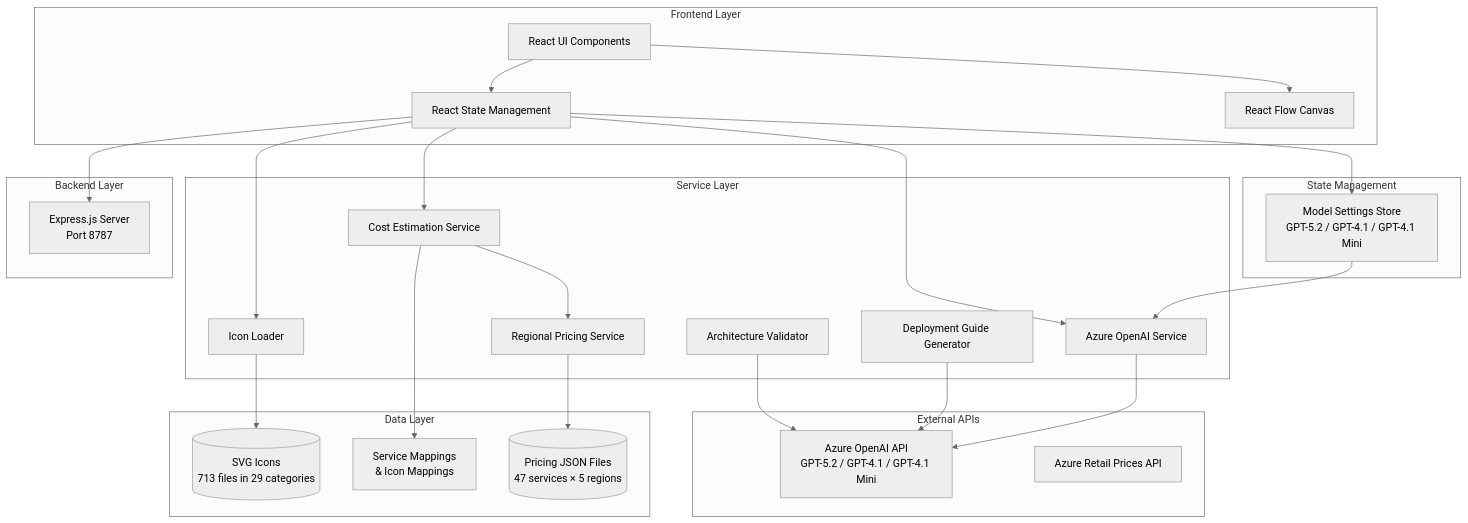
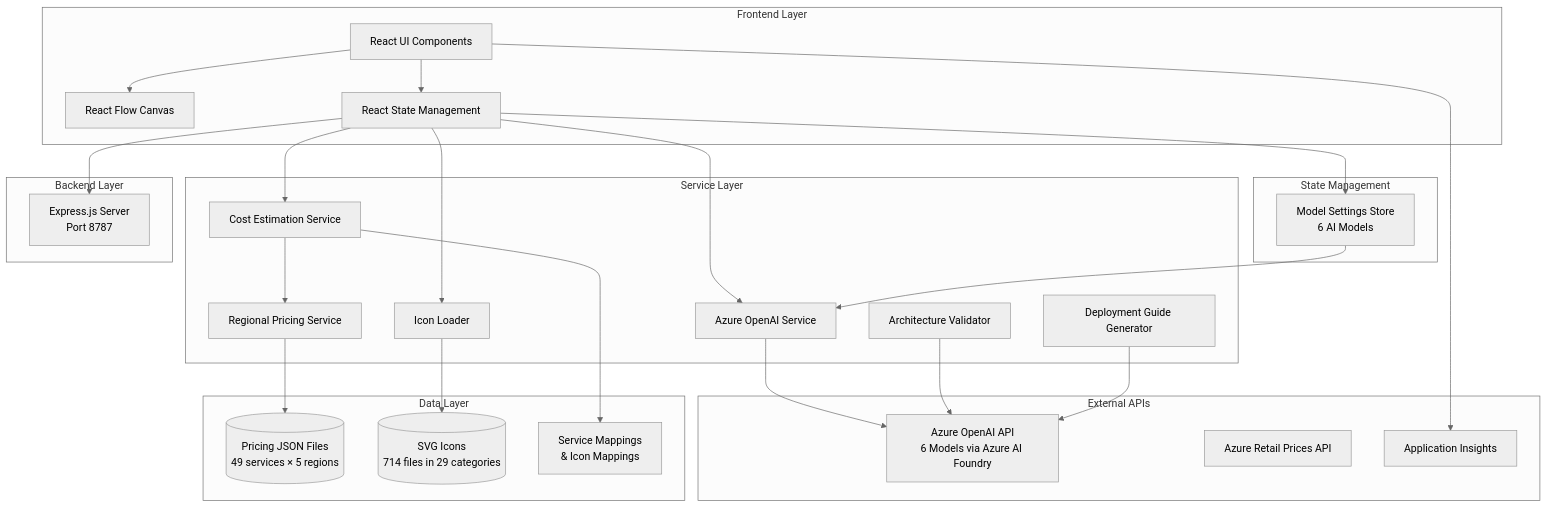
One commit to Arturo-Quiroga-MSFT/azure-architecture-diagram-builder changed the first of 4 diagrams in DOCS/ARCHITECTURE.md. Above: the diagram before and after it, drawn with Mermaid (neutral theme). The commit also changed other lines of this file, not shown here.

First line of the commit message:
docs: update ARCHITECTURE.md to reflect current state

````diff
--- a/DOCS/ARCHITECTURE.md
+++ b/DOCS/ARCHITECTURE.md
@@ -11,52 +11,54 @@
 ```mermaid
 graph TB
     subgraph "Frontend Layer"
         UI[React UI Components]
         RF[React Flow Canvas]
         State[React State Management]
     end
     
     subgraph "Service Layer"
         AI[Azure OpenAI Service]
         Pricing[Cost Estimation Service]
         Regional[Regional Pricing Service]
         Icons[Icon Loader]
         Validator[Architecture Validator]
         DeployGen[Deployment Guide Generator]
     end
     
     subgraph "State Management"
-        ModelStore[Model Settings Store<br/>GPT-5.2 / GPT-4.1 / GPT-4.1 Mini]
+        ModelStore[Model Settings Store<br/>6 AI Models]
     end
     
     subgraph "Data Layer"
-        PricingData[(Pricing JSON Files<br/>47 services × 5 regions)]
-        IconData[(SVG Icons<br/>713 files in 29 categories)]
+        PricingData[(Pricing JSON Files<br/>49 services × 5 regions)]
+        IconData[(SVG Icons<br/>714 files in 29 categories)]
         Mappings[Service Mappings<br/>& Icon Mappings]
     end
     
     subgraph "Backend Layer"
         Server[Express.js Server<br/>Port 8787]
     end
     
     subgraph "External APIs"
-        OpenAI[Azure OpenAI API<br/>GPT-5.2 / GPT-4.1 / GPT-4.1 Mini]
+        OpenAI[Azure OpenAI API<br/>6 Models via Azure AI Foundry]
         AzureAPI[Azure Retail Prices API]
+        AppInsightsAPI[Application Insights]
     end
     
     UI --> RF
     UI --> State
     State --> ModelStore
     State --> AI
     State --> Pricing
     State --> Icons
     AI --> OpenAI
     ModelStore --> AI
     Pricing --> Regional
     Regional --> PricingData
     Icons --> IconData
     Pricing --> Mappings
     Validator --> OpenAI
     DeployGen --> OpenAI
     State --> Server
+    UI --> AppInsightsAPI
 ```
````
